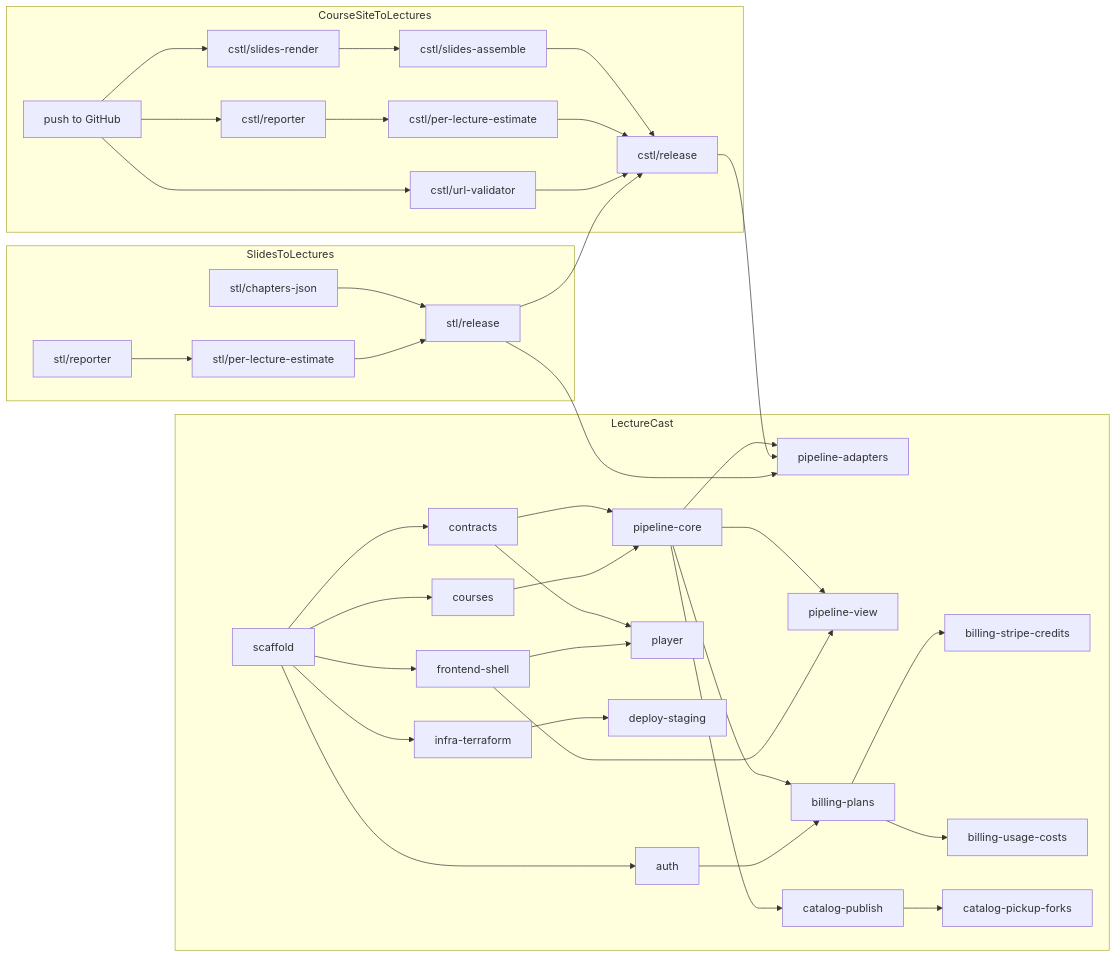
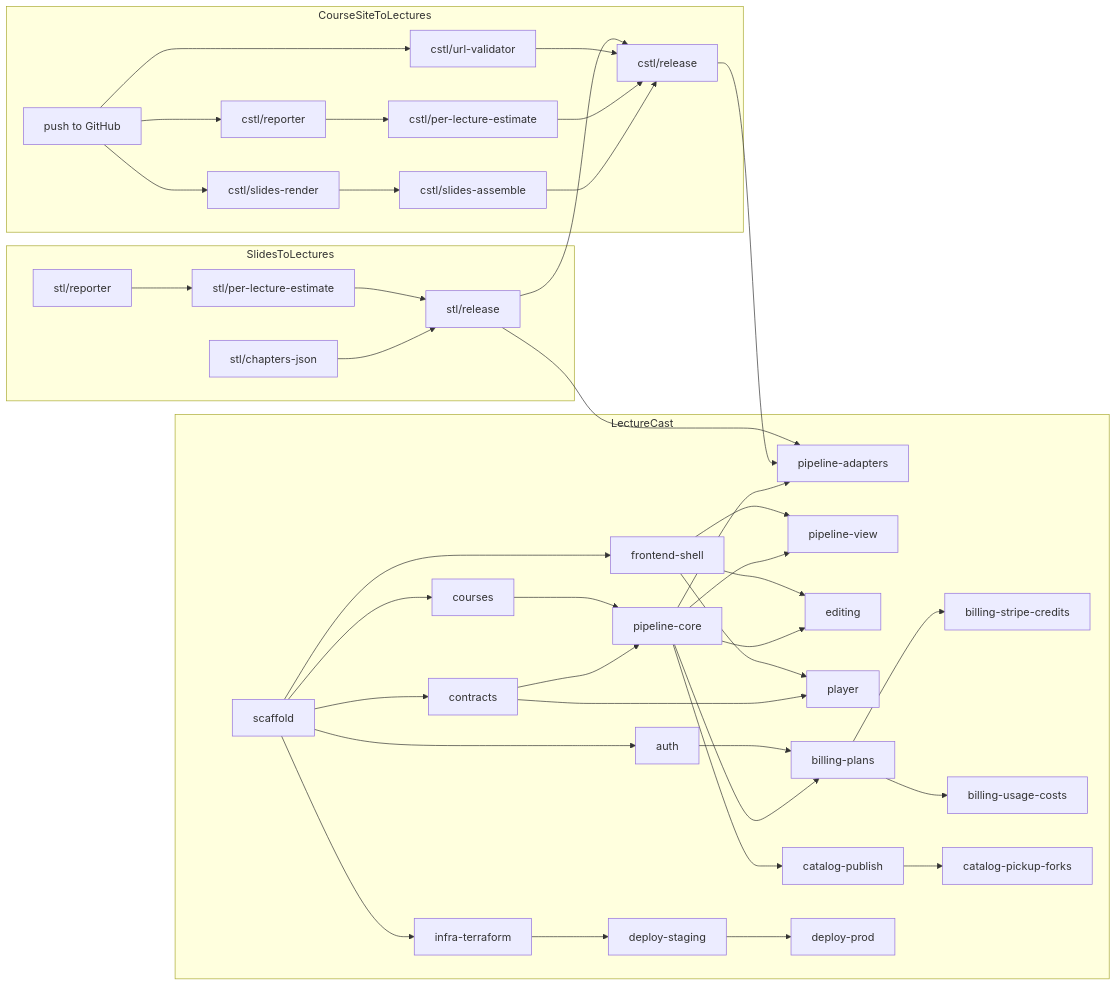
The diagram in docs/plan/workstreams.md (ExNumberless/LectureCast), drawn with Mermaid before and after one commit. The commit also changed other lines of this file and 8 other files, not shown here.

````diff
--- a/docs/plan/workstreams.md
+++ b/docs/plan/workstreams.md
@@ -26,55 +26,57 @@
 ```mermaid
 flowchart LR
   subgraph STL[SlidesToLectures]
     stl1[stl/reporter]
     stl2[stl/chapters-json]
     stl3[stl/per-lecture-estimate]
     stl4[stl/release]
     stl1 --> stl3
     stl2 --> stl4
     stl3 --> stl4
   end
   subgraph CSTL[CourseSiteToLectures]
     c0[push to GitHub]
     c1[cstl/reporter]
     c2[cstl/url-validator]
     c3[cstl/slides-render]
     c4[cstl/slides-assemble]
     c5[cstl/per-lecture-estimate]
     c6[cstl/release]
     c0 --> c1 & c2 & c3
     c3 --> c4
     c1 --> c5
     c4 & c5 & c2 --> c6
   end
   stl4 --> c6
   subgraph LC[LectureCast]
     s[scaffold]
     contracts[contracts]
     auth[auth]
     courses[courses]
     pcore[pipeline-core]
     fshell[frontend-shell]
     tf[infra-terraform]
     padapt[pipeline-adapters]
     pview[pipeline-view]
+    editing[editing]
     player[player]
     plans[billing-plans]
     stripe[billing-stripe-credits]
     costs[billing-usage-costs]
     pub[catalog-publish]
     pick[catalog-pickup-forks]
     deploy[deploy-staging]
     s --> contracts & auth & courses & fshell & tf
     contracts --> pcore & player
     courses --> pcore
-    pcore --> padapt & pview & plans & pub
-    fshell --> pview & player
+    pcore --> padapt & pview & plans & pub & editing
+    fshell --> pview & player & editing
     auth --> plans
     plans --> stripe & costs
     pub --> pick
     tf --> deploy
+    deploy --> prod[deploy-prod]
   end
   c6 --> padapt
   stl4 --> padapt
 ```
````
